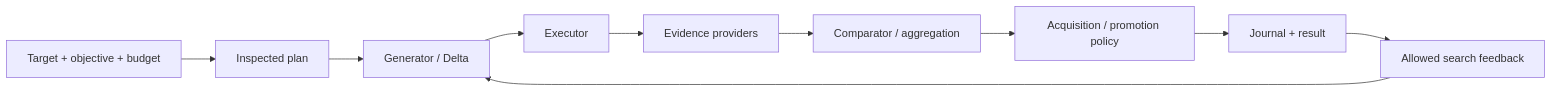
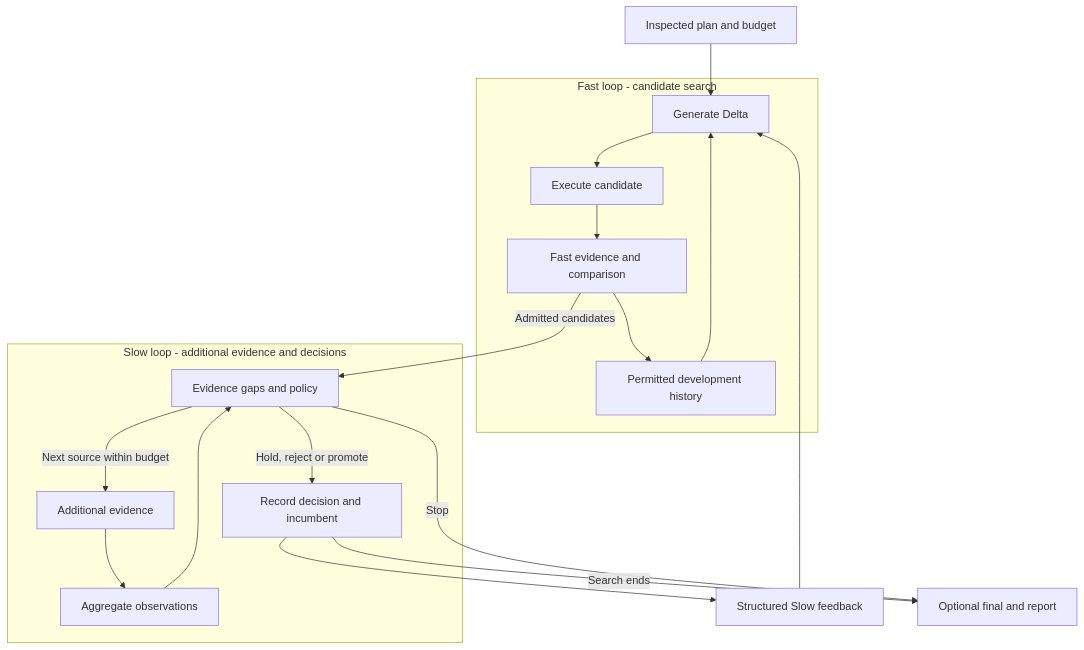
The diagram in README.md (CZ-ZL/duo), drawn with Mermaid before and after one commit. The commit also changed other lines of this file and 63 other files, not shown here.

````diff
--- a/README.md
+++ b/README.md
@@ -70,12 +74,21 @@
 ```mermaid
-flowchart LR
-    T[Target + objective + budget] --> P[Inspected plan]
-    P --> G[Generator / Delta]
-    G --> X[Executor]
-    X --> E[Evidence providers]
-    E --> C[Comparator / aggregation]
-    C --> S[Acquisition / promotion policy]
-    S --> J[Journal + result]
-    J --> F[Allowed search feedback]
-    F --> G
+flowchart TD
+    P[Inspected plan and budget] --> G
+    subgraph FAST[Fast loop - candidate search]
+        G[Generate Delta] --> X[Execute candidate]
+        X --> F[Fast evidence and comparison]
+        F --> H[Permitted development history]
+        H --> G
+    end
+    F -->|Admitted candidates| Q
+    subgraph SLOW[Slow loop - additional evidence and decisions]
+        Q[Evidence gaps and policy] -->|Next source within budget| E[Additional evidence]
+        E --> A[Aggregate observations]
+        A --> Q
+        Q -->|Hold, reject or promote| D[Record decision and incumbent]
+    end
+    D --> B[Structured Slow feedback]
+    B --> G
+    D -->|Search ends| R[Optional final and report]
+    Q -->|Stop| R
 ```
````
